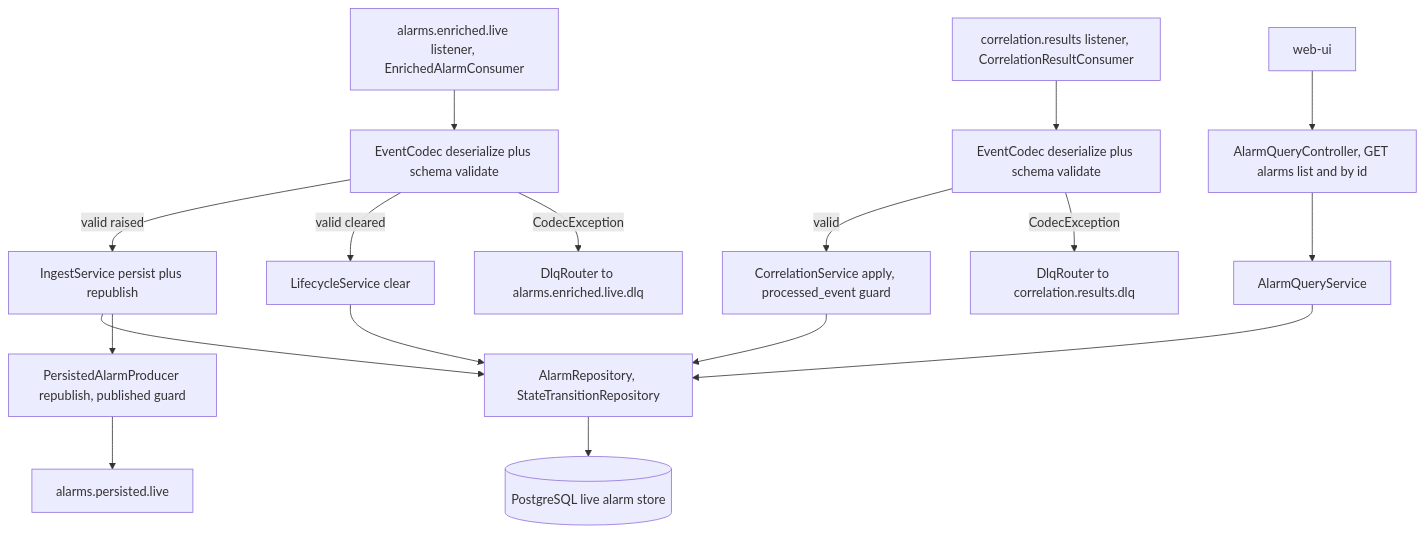
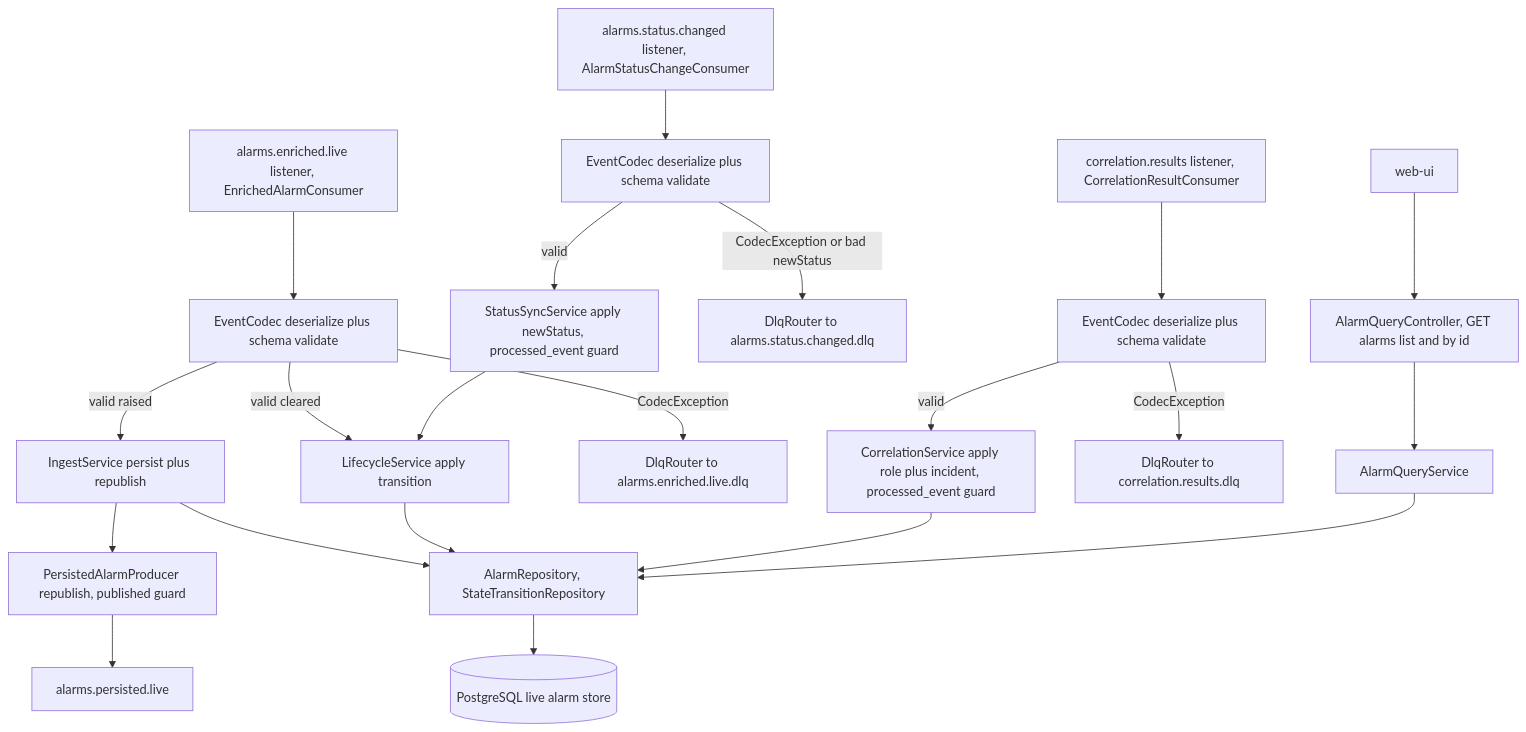
One commit to nikhilmohan/correlation-platform changed the first of 7 diagrams in services/alarm-manager/design.md. Above: the diagram before and after it, drawn with Mermaid. The commit also changed other lines of this file, not shown here.

First line of the commit message:
design(alarm-manager): consume AlarmStatusChange as canonical status-sync channel

````diff
--- a/services/alarm-manager/design.md
+++ b/services/alarm-manager/design.md
@@ -62,19 +75,23 @@
 ```mermaid
 flowchart TD
   ENR["alarms.enriched.live listener, EnrichedAlarmConsumer"] --> CODEC1["EventCodec deserialize plus schema validate"]
   CODEC1 -->|valid raised| INGEST["IngestService persist plus republish"]
-  CODEC1 -->|valid cleared| LIFE["LifecycleService clear"]
+  CODEC1 -->|valid cleared| LIFE["LifecycleService apply transition"]
   CODEC1 -->|CodecException| DLQ1["DlqRouter to alarms.enriched.live.dlq"]
   INGEST --> REPO["AlarmRepository, StateTransitionRepository"]
   INGEST --> PROD["PersistedAlarmProducer republish, published guard"]
   PROD --> OUT["alarms.persisted.live"]
+  STAT["alarms.status.changed listener, AlarmStatusChangeConsumer"] --> CODEC3["EventCodec deserialize plus schema validate"]
+  CODEC3 -->|valid| SSVC["StatusSyncService apply newStatus, processed_event guard"]
+  CODEC3 -->|CodecException or bad newStatus| DLQ3["DlqRouter to alarms.status.changed.dlq"]
+  SSVC --> LIFE
   LIFE --> REPO
   CORR["correlation.results listener, CorrelationResultConsumer"] --> CODEC2["EventCodec deserialize plus schema validate"]
-  CODEC2 -->|valid| CSVC["CorrelationService apply, processed_event guard"]
+  CODEC2 -->|valid| CSVC["CorrelationService apply role plus incident, processed_event guard"]
   CODEC2 -->|CodecException| DLQ2["DlqRouter to correlation.results.dlq"]
   CSVC --> REPO
   REPO --> PG[("PostgreSQL live alarm store")]
   API["AlarmQueryController, GET alarms list and by id"] --> QSVC["AlarmQueryService"]
   QSVC --> REPO
   WEBUI["web-ui"] --> API
 ```
````
